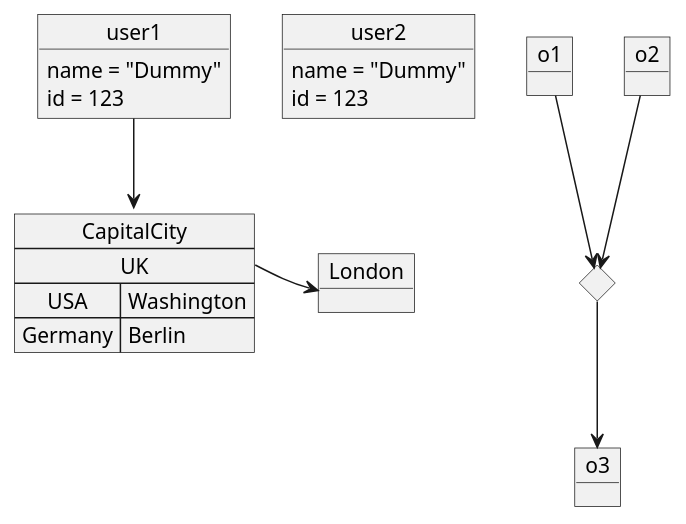
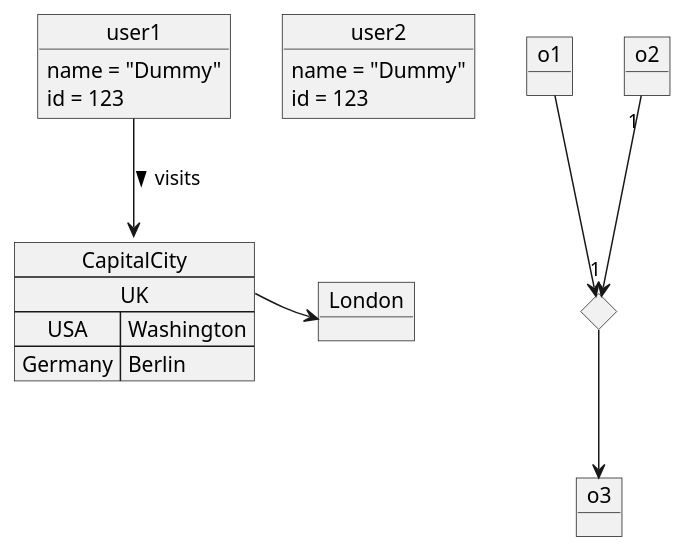
The diagram in input/Object.puml (The-Lum/puml-themes-gallery), drawn with PlantUML before and after one commit.

Commit message:
Update Object.puml
Add `arrow pointing`, `cardinality` and `label`

```diff
--- a/input/Object.puml
+++ b/input/Object.puml
@@ -1,30 +1,30 @@
 @startuml
 
 object user1
 user1 : name = "Dummy"
 user1 : id = 123
 
 object user2 {
   name = "Dummy"
   id = 123
 }
 
 object o1
 object o2
 diamond dia
 object o3
 
 o1  --> dia
-o2  --> dia
+o2  "1" --> "1" dia
 dia --> o3
 
 object London
 
 map CapitalCity {
  UK *-> London
  USA => Washington
  Germany => Berlin
 }
 
-user1 --> CapitalCity
+user1 --> CapitalCity : visits >
 @enduml
```
